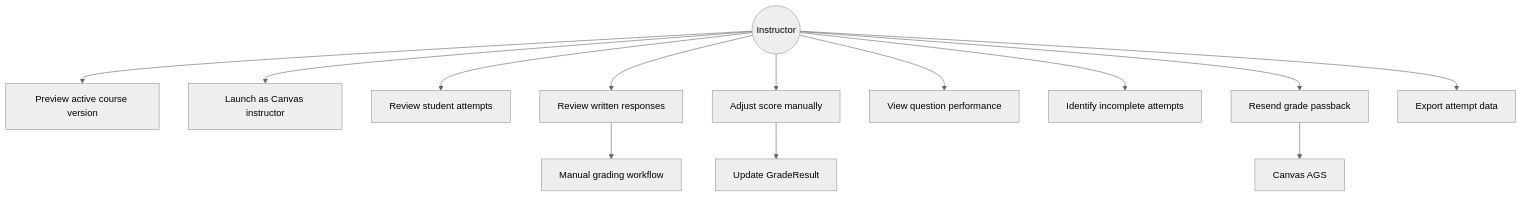
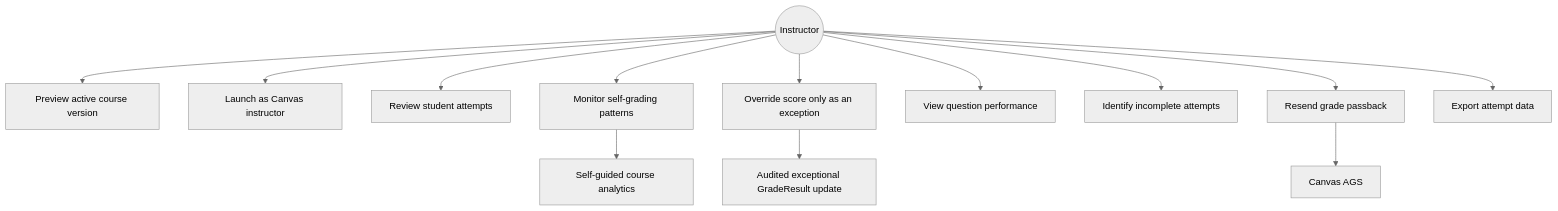
Before and after one commit to learn-database/workbook-platform: the third of 8 diagrams in docs/design/use-cases.md, drawn with Mermaid (neutral theme). The commit also changed other lines of this file and 5 other files, not shown here.

Commit message:
Make grading model self-guided

````diff
--- a/docs/design/use-cases.md
+++ b/docs/design/use-cases.md
@@ -47,18 +49,18 @@
 ```mermaid
 flowchart TB
     Instructor((Instructor))
 
     Instructor --> UC1[Preview active course version]
     Instructor --> UC2[Launch as Canvas instructor]
     Instructor --> UC3[Review student attempts]
-    Instructor --> UC4[Review written responses]
-    Instructor --> UC5[Adjust score manually]
+    Instructor --> UC4[Monitor self-grading patterns]
+    Instructor --> UC5[Override score only as an exception]
     Instructor --> UC6[View question performance]
     Instructor --> UC7[Identify incomplete attempts]
     Instructor --> UC8[Resend grade passback]
     Instructor --> UC9[Export attempt data]
 
-    UC4 --> Manual[Manual grading workflow]
-    UC5 --> GradeResult[Update GradeResult]
+    UC4 --> Analytics[Self-guided course analytics]
+    UC5 --> GradeResult[Audited exceptional GradeResult update]
     UC8 --> Canvas[Canvas AGS]
 ```
````
